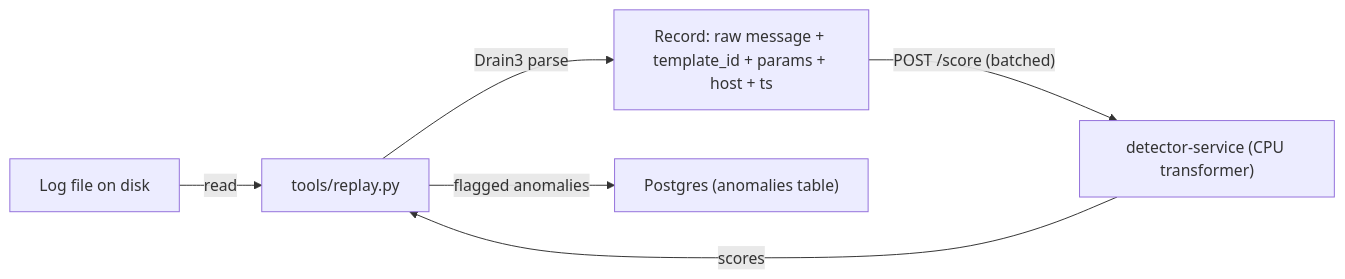
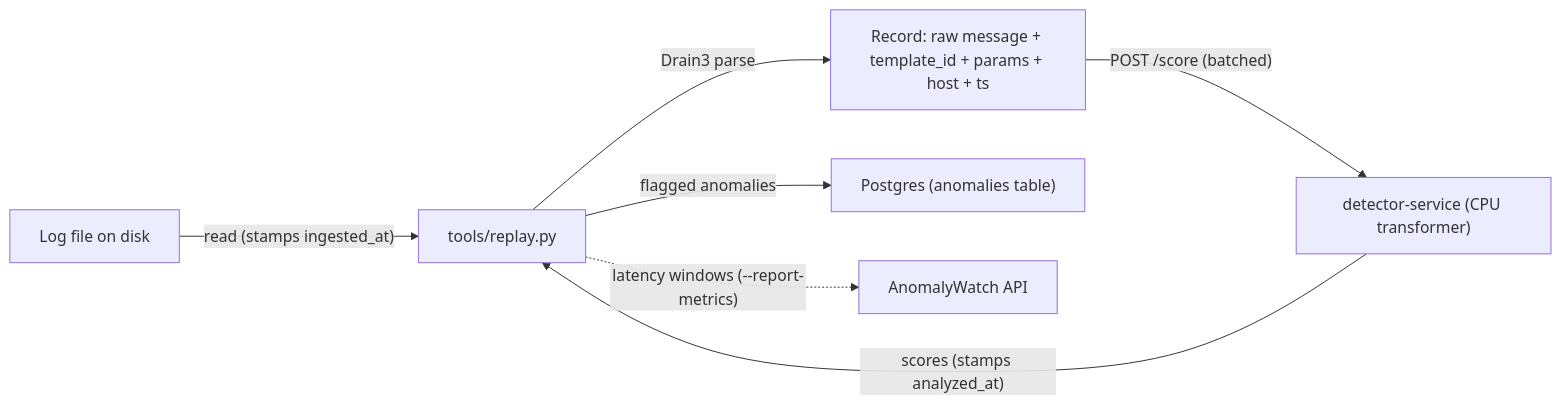
Before and after one commit to SerraFacundo/anomaly-watch: the second of 5 diagrams in ARCHITECTURE.md, drawn with Mermaid. The commit also changed other lines of this file and 8 other files, not shown here.

First line of the commit message:
feat: report analysis latency to AnomalyWatch from the replay harness (#28)

````diff
--- a/ARCHITECTURE.md
+++ b/ARCHITECTURE.md
@@ -177,8 +177,9 @@
 ```mermaid
 flowchart LR
-    FILE["Log file on disk"] -->|read| RP["tools/replay.py"]
+    FILE["Log file on disk"] -->|"read (stamps ingested_at)"| RP["tools/replay.py"]
     RP -->|Drain3 parse| REC["Record: raw message + template_id + params + host + ts"]
     REC -->|"POST /score (batched)"| DS["detector-service (CPU transformer)"]
-    DS -->|scores| RP
+    DS -->|"scores (stamps analyzed_at)"| RP
     RP -->|flagged anomalies| PG["Postgres (anomalies table)"]
+    RP -.->|"latency windows (--report-metrics)"| AW["AnomalyWatch API"]
 ```
````
